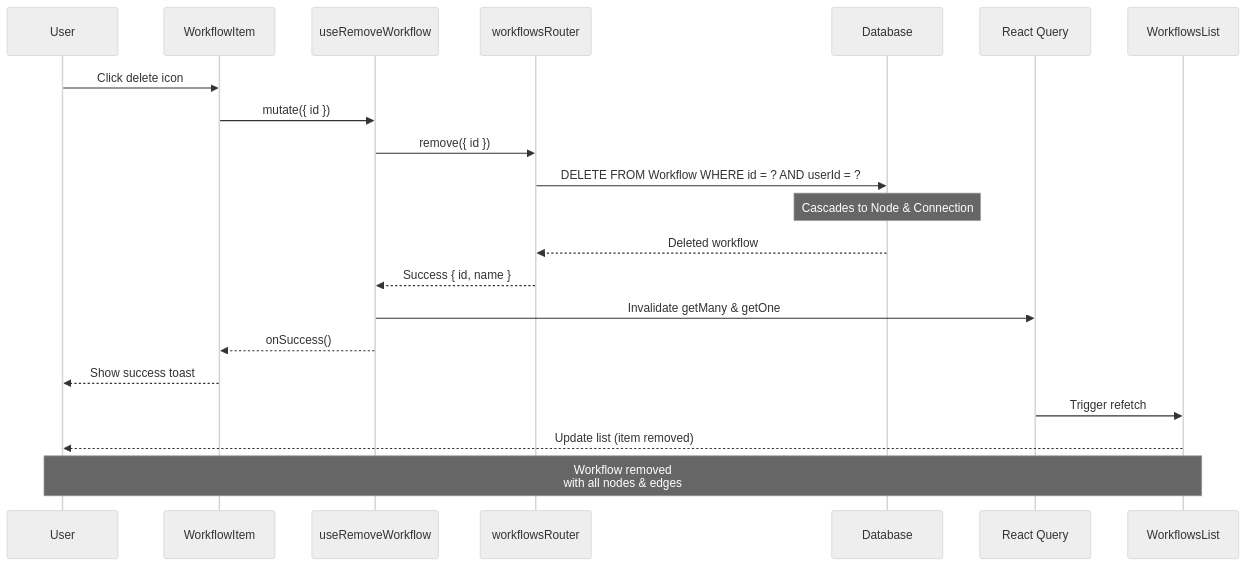
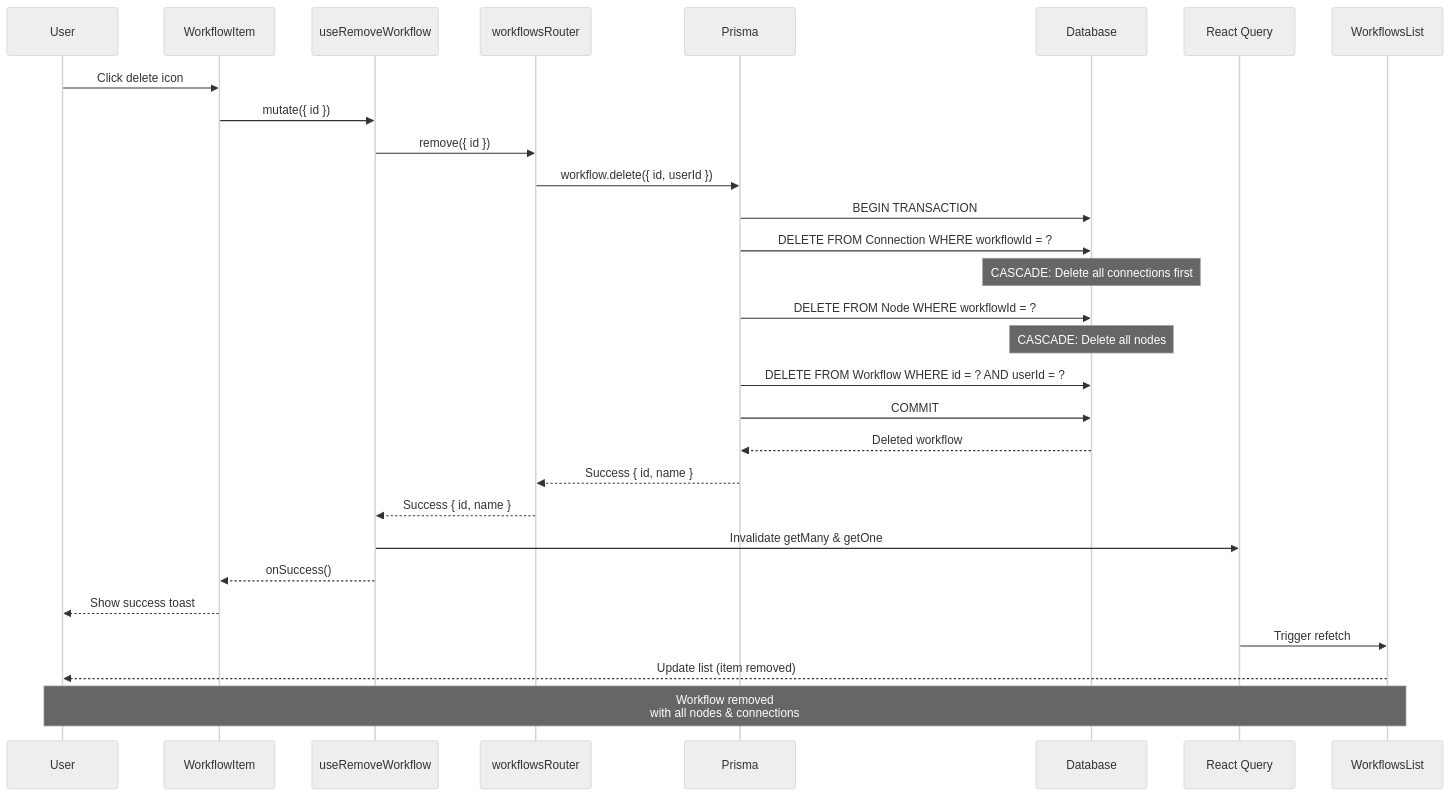
The sixth of 12 diagrams in docs/workflows-feature.md (shaynemeyer/n8n-clone), drawn with Mermaid (neutral theme) before and after one commit. The commit also changed other lines of this file and 2 other files, not shown here.

````diff
--- a/docs/workflows-feature.md
+++ b/docs/workflows-feature.md
@@ -421,25 +563,33 @@
 ```mermaid
 sequenceDiagram
     participant User
     participant Item as WorkflowItem
     participant Hook as useRemoveWorkflow
     participant Router as workflowsRouter
+    participant Prisma
     participant DB as Database
     participant Cache as React Query
     participant List as WorkflowsList
 
     User->>Item: Click delete icon
     Item->>Hook: mutate({ id })
     Hook->>Router: remove({ id })
-    Router->>DB: DELETE FROM Workflow WHERE id = ? AND userId = ?
-    Note over DB: Cascades to Node & Connection
-    DB-->>Router: Deleted workflow
+    Router->>Prisma: workflow.delete({ id, userId })
+    Prisma->>DB: BEGIN TRANSACTION
+    Prisma->>DB: DELETE FROM Connection WHERE workflowId = ?
+    Note over DB: CASCADE: Delete all connections first
+    Prisma->>DB: DELETE FROM Node WHERE workflowId = ?
+    Note over DB: CASCADE: Delete all nodes
+    Prisma->>DB: DELETE FROM Workflow WHERE id = ? AND userId = ?
+    Prisma->>DB: COMMIT
+    DB-->>Prisma: Deleted workflow
+    Prisma-->>Router: Success { id, name }
     Router-->>Hook: Success { id, name }
     Hook->>Cache: Invalidate getMany & getOne
     Hook-->>Item: onSuccess()
     Item-->>User: Show success toast
     Cache->>List: Trigger refetch
     List-->>User: Update list (item removed)
 
-    Note over User,List: Workflow removed<br/>with all nodes & edges
+    Note over User,List: Workflow removed<br/>with all nodes & connections
 ```
````
